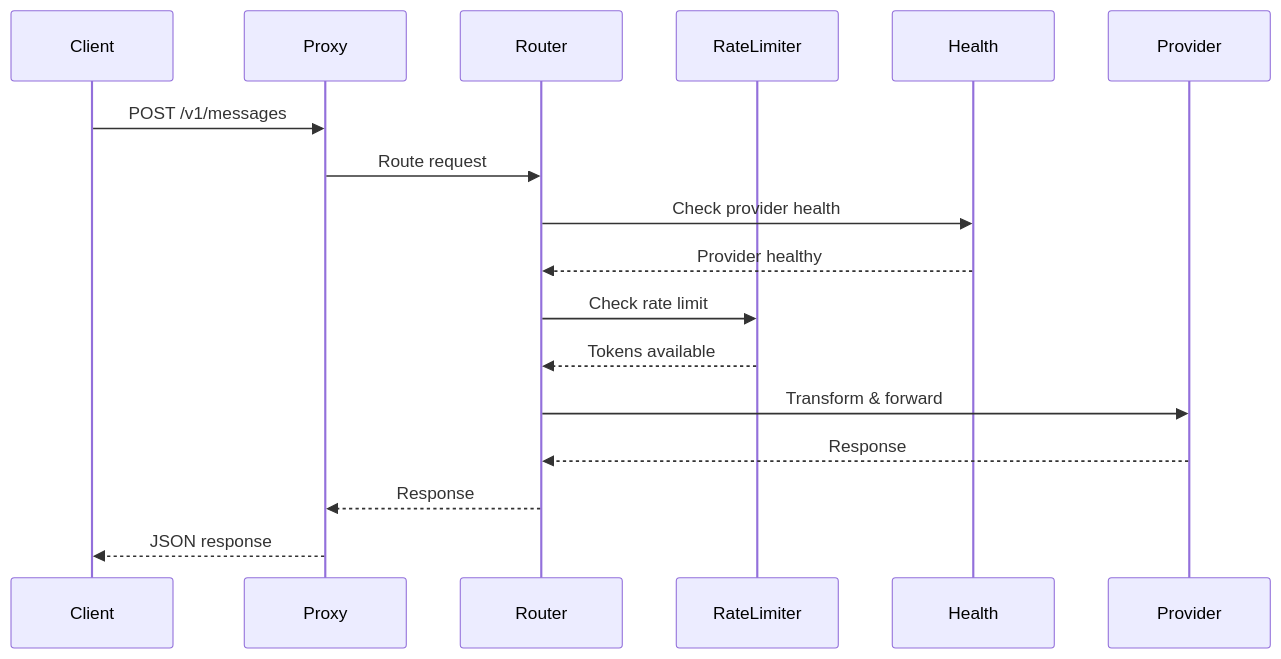
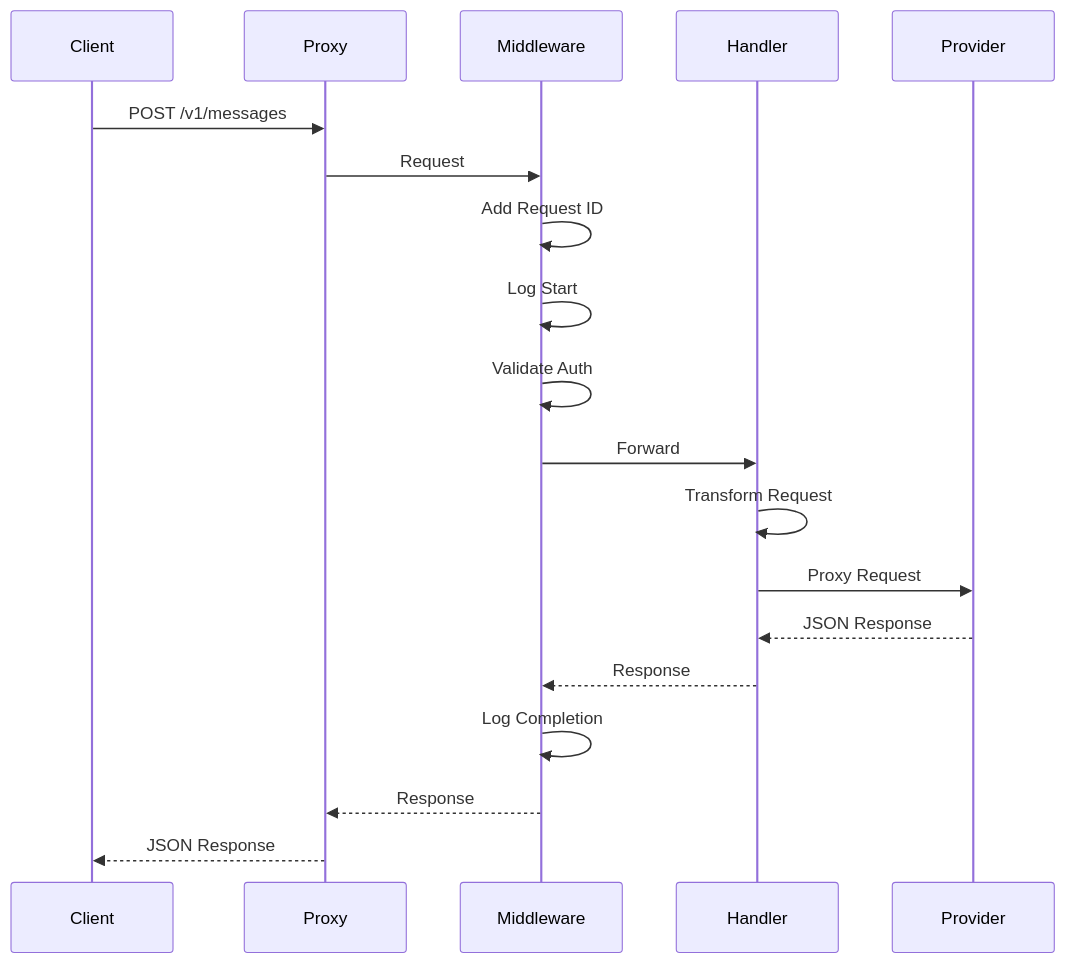
Before and after one commit to omarluq/cc-relay: the third of 5 diagrams in docs-site/content/docs/architecture.md, drawn with Mermaid. The commit also changed other lines of this file and 9 other files, not shown here.

````diff
--- a/docs-site/content/docs/architecture.md
+++ b/docs-site/content/docs/architecture.md
@@ -333,20 +182,22 @@
 ```mermaid
 sequenceDiagram
     participant Client
     participant Proxy
-    participant Router
-    participant RateLimiter
-    participant Health
+    participant Middleware
+    participant Handler
     participant Provider
-    
+
     Client->>Proxy: POST /v1/messages
-    Proxy->>Router: Route request
-    Router->>Health: Check provider health
-    Health-->>Router: Provider healthy
-    Router->>RateLimiter: Check rate limit
-    RateLimiter-->>Router: Tokens available
-    Router->>Provider: Transform & forward
-    Provider-->>Router: Response
-    Router-->>Proxy: Response
-    Proxy-->>Client: JSON response
+    Proxy->>Middleware: Request
+    Middleware->>Middleware: Add Request ID
+    Middleware->>Middleware: Log Start
+    Middleware->>Middleware: Validate Auth
+    Middleware->>Handler: Forward
+    Handler->>Handler: Transform Request
+    Handler->>Provider: Proxy Request
+    Provider-->>Handler: JSON Response
+    Handler-->>Middleware: Response
+    Middleware->>Middleware: Log Completion
+    Middleware-->>Proxy: Response
+    Proxy-->>Client: JSON Response
 ```
````
